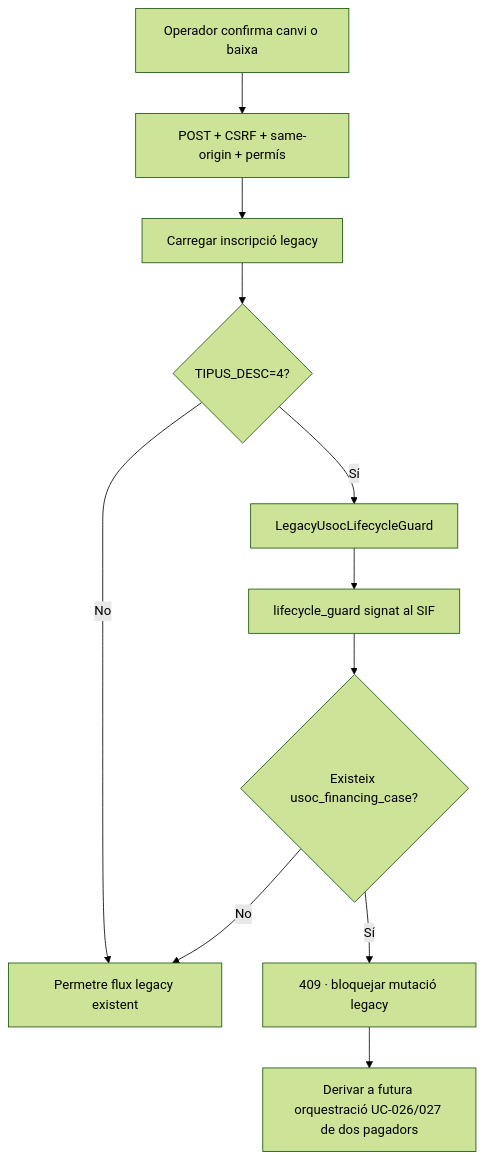
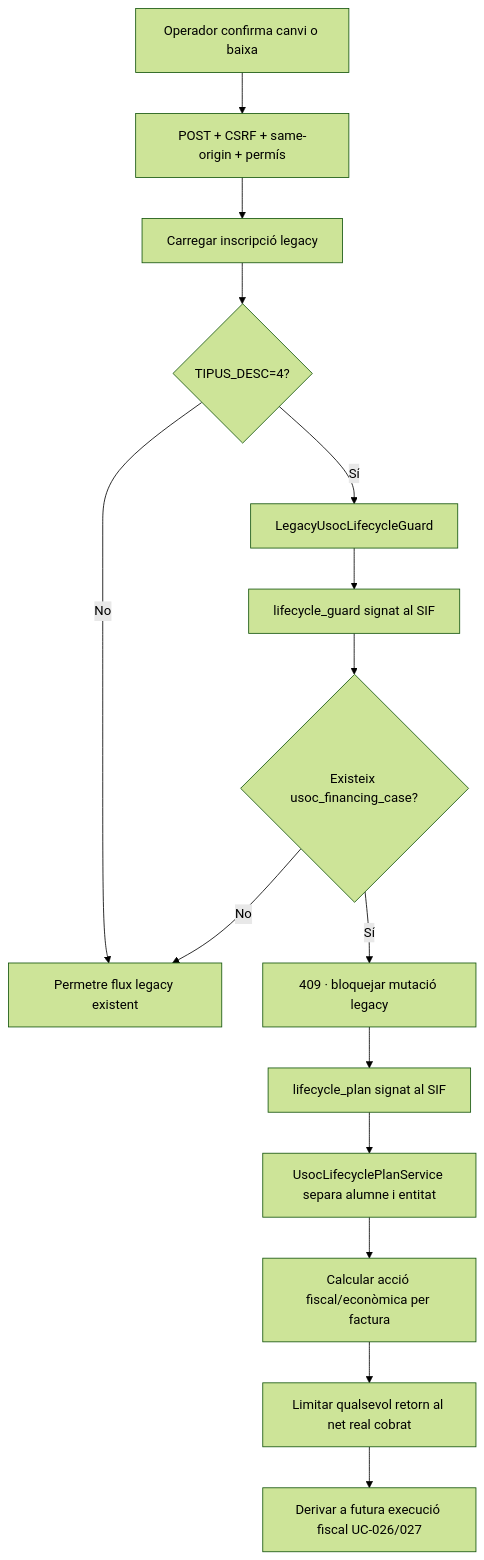
Diagram 23 of 24 in documentacio/07-uml-integrat/uc-013-activitats-pagines-actual-final.md (orgmeriemprismacat-del/verifactu), drawn with Mermaid (forest theme) before and after one commit. The commit also changed other lines of this file, not shown here.

Commit message:
docs(uc-013): afegir lifecycle planner a activitats

````diff
--- a/documentacio/07-uml-integrat/uc-013-activitats-pagines-actual-final.md
+++ b/documentacio/07-uml-integrat/uc-013-activitats-pagines-actual-final.md
@@ -322,13 +322,17 @@
 ```mermaid
 flowchart TD
     A[Operador confirma canvi o baixa] --> B[POST + CSRF + same-origin + permís]
     B --> C[Carregar inscripció legacy]
     C --> D{TIPUS_DESC=4?}
     D -- No --> E[Permetre flux legacy existent]
     D -- Sí --> F[LegacyUsocLifecycleGuard]
     F --> G[lifecycle_guard signat al SIF]
     G --> H{Existeix usoc_financing_case?}
     H -- No --> E
     H -- Sí --> I[409 · bloquejar mutació legacy]
-    I --> J[Derivar a futura orquestració UC-026/027 de dos pagadors]
+    I --> J[lifecycle_plan signat al SIF]
+    J --> K[UsocLifecyclePlanService separa alumne i entitat]
+    K --> L[Calcular acció fiscal/econòmica per factura]
+    L --> M[Limitar qualsevol retorn al net real cobrat]
+    M --> N[Derivar a futura execució fiscal UC-026/027]
 ```
````
